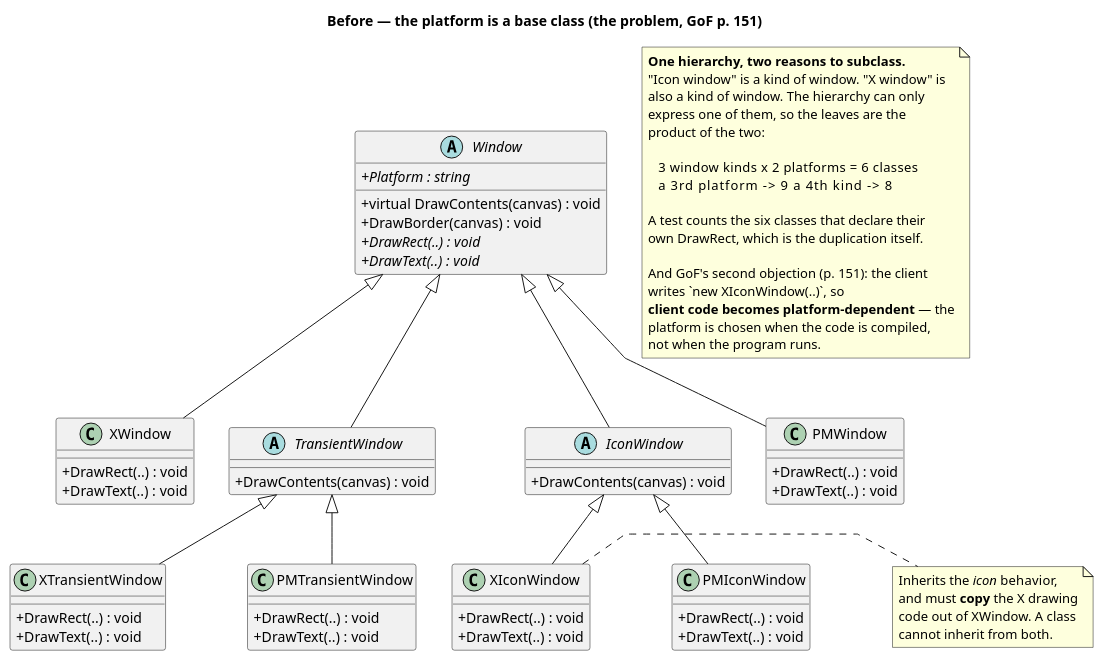
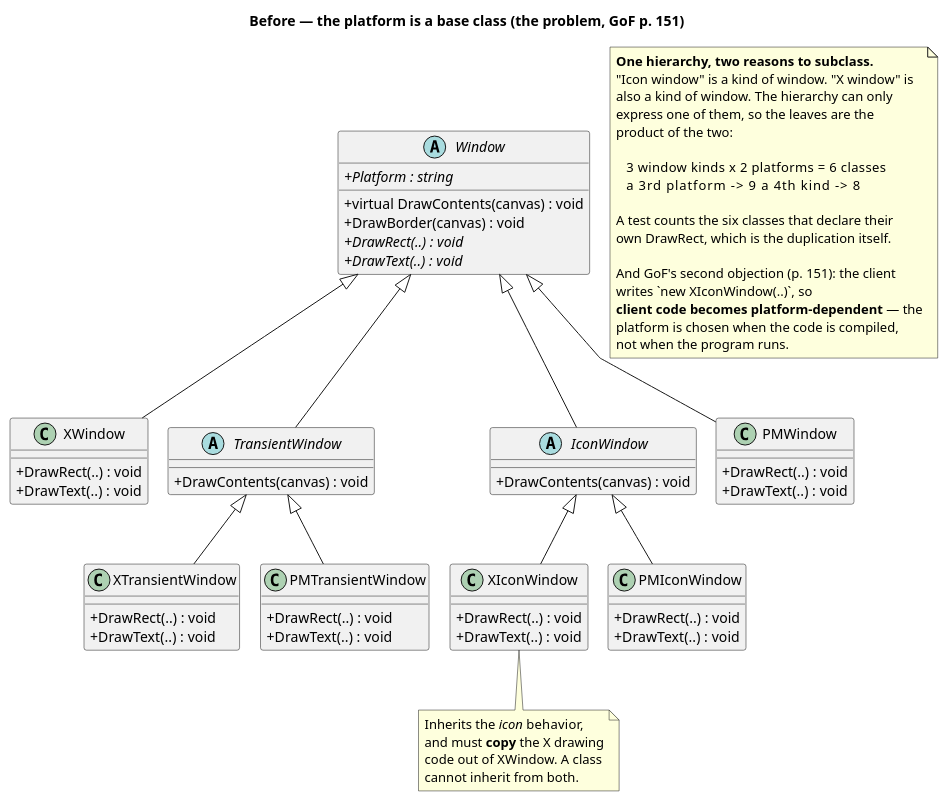
Before and after one commit to kaldiroglu/DesignPatternsWithCSharp: the diagram in Bridge/src/Bridge/Gof/Problem/uml/Bridge - Window (Problem) - Class Diagram.puml, drawn with PlantUML. The commit also changed 12 other files, not shown here.

Commit message:
Diagrams: the last is-a families follow the layout rule; redrawn PNGs have a white background

```diff
--- a/Bridge/src/Bridge/Gof/Problem/uml/Bridge - Window (Problem) - Class Diagram.puml
+++ b/Bridge/src/Bridge/Gof/Problem/uml/Bridge - Window (Problem) - Class Diagram.puml
@@ -1,112 +1,103 @@
 @startuml "Bridge - Window (Problem) - Class Diagram"
+skinparam nodesep 20
 skinparam linetype polyline
 skinparam class {
   BackgroundColor<<spacer>> transparent
   BorderColor<<spacer>> transparent
   FontColor<<spacer>> transparent
 }
 hide <<spacer>> stereotype
 hide <<spacer>> circle
 skinparam classAttributeIconSize 0
 title Before — the platform is a base class (the problem, GoF p. 151)
 
 
 abstract class Window {
   + virtual DrawContents(canvas) : void
   + DrawBorder(canvas) : void
   + {abstract} DrawRect(..) : void
   + {abstract} DrawText(..) : void
   + {abstract} Platform : string
 }
 
 class XWindow {
   + DrawRect(..) : void
   + DrawText(..) : void
 }
 class PMWindow {
   + DrawRect(..) : void
   + DrawText(..) : void
 }
 
 abstract class IconWindow {
   + DrawContents(canvas) : void
 }
 class XIconWindow {
   + DrawRect(..) : void
   + DrawText(..) : void
 }
 class PMIconWindow {
   + DrawRect(..) : void
   + DrawText(..) : void
 }
 
 abstract class TransientWindow {
   + DrawContents(canvas) : void
 }
 class XTransientWindow {
   + DrawRect(..) : void
   + DrawText(..) : void
 }
 class PMTransientWindow {
   + DrawRect(..) : void
   + DrawText(..) : void
 }
 
 Window <|-- TransientWindow
 Window <|-- IconWindow
 Window <|-- PMWindow
 Window <|-- XWindow
 IconWindow <|-- PMIconWindow
 IconWindow <|-- XIconWindow
 TransientWindow <|-- PMTransientWindow
 TransientWindow <|-- XTransientWindow
 
-note right of XIconWindow
+note bottom of XIconWindow
   Inherits the <i>icon</i> behavior,
   and must <b>copy</b> the X drawing
   code out of XWindow. A class
   cannot inherit from both.
 end note
 
 note as N1
   <b>One hierarchy, two reasons to subclass.</b>
   "Icon window" is a kind of window. "X window" is
   also a kind of window. The hierarchy can only
   express one of them, so the leaves are the
   product of the two:
 
      3 window kinds  x  2 platforms  =  6 classes
      a 3rd platform  ->  9        a 4th kind -> 8
 
   A test counts the six classes that declare their
   own DrawRect, which is the duplication itself.
 
   And GoF's second objection (p. 151): the client
   writes `new XIconWindow(..)`, so
   <b>client code becomes platform-dependent</b> — the
   platform is chosen when the code is compiled,
   not when the program runs.
 end note
-
 class " " as Spacer1 <<spacer>>
+class " " as Spacer2 <<spacer>>
+class " " as Spacer3 <<spacer>>
 Window -[hidden]- Spacer1
 Window -[hidden]- Spacer1
 XWindow -[hidden]right- TransientWindow
-TransientWindow -[hidden]right- Spacer1
+TransientWindow -[hidden]right- Spacer2
+Spacer2 -[hidden]right- Spacer3
+Spacer3 -[hidden]right- Spacer1
 Spacer1 -[hidden]right- IconWindow
 IconWindow -[hidden]right- PMWindow
-class " " as Spacer2 <<spacer>>
-IconWindow -[hidden]- Spacer2
-IconWindow -[hidden]- Spacer2
-XIconWindow -[hidden]right- Spacer2
-Spacer2 -[hidden]right- PMIconWindow
-class " " as Spacer3 <<spacer>>
-TransientWindow -[hidden]- Spacer3
-TransientWindow -[hidden]- Spacer3
-XTransientWindow -[hidden]right- Spacer3
-Spacer3 -[hidden]right- PMTransientWindow
-class " " as Spacer66 <<spacer>>
-IconWindow -[hidden]- Spacer66
-PMIconWindow -[hidden]right- Spacer66
-Spacer66 -[hidden]right- XIconWindow
+PMTransientWindow -[hidden]right- XIconWindow
 @enduml
```
